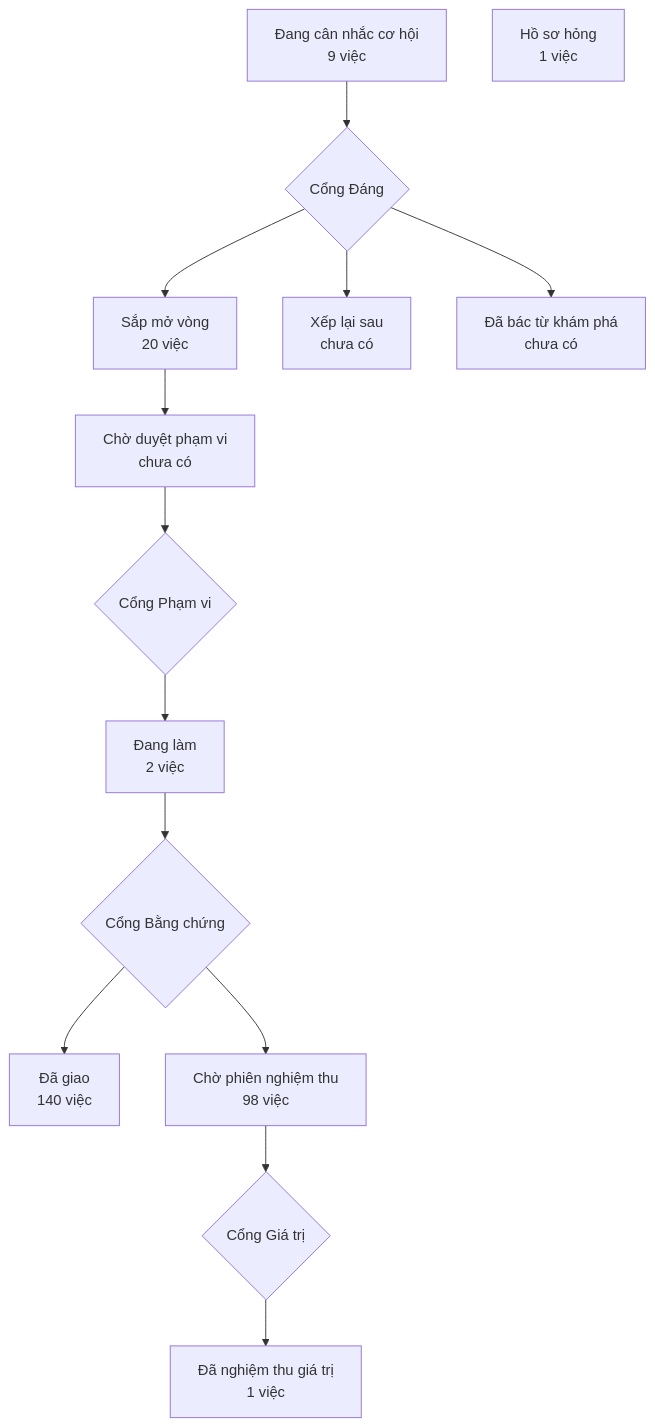
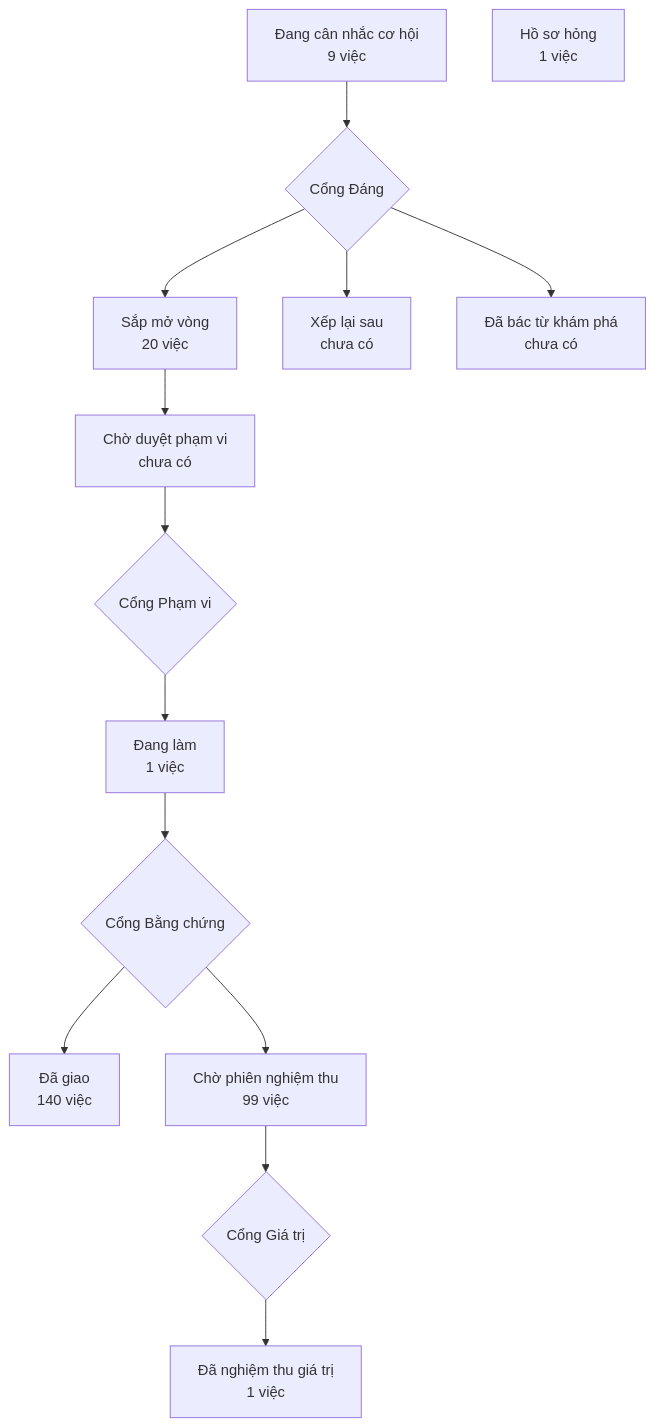
Before and after one commit to phanlemanh/crm-onehub: the diagram in PRODUCT-MAP.md, drawn with Mermaid. The commit also changed 4 other files, not shown here.

````diff
--- a/PRODUCT-MAP.md
+++ b/PRODUCT-MAP.md
@@ -7,13 +7,13 @@
 ```mermaid
 flowchart TD
   A["Đang cân nhắc cơ hội<br/>9 việc"] --> GD{"Cổng Đáng"}
   GD --> B["Sắp mở vòng<br/>20 việc"]
   GD --> XL["Xếp lại sau<br/>chưa có"]
   GD --> DB["Đã bác từ khám phá<br/>chưa có"]
   B --> CD["Chờ duyệt phạm vi<br/>chưa có"] --> GP{"Cổng Phạm vi"}
-  GP --> DL["Đang làm<br/>2 việc"] --> GB{"Cổng Bằng chứng"}
+  GP --> DL["Đang làm<br/>1 việc"] --> GB{"Cổng Bằng chứng"}
   GB --> DG["Đã giao<br/>140 việc"]
-  GB --> CN["Chờ phiên nghiệm thu<br/>98 việc"] --> GG{"Cổng Giá trị"}
+  GB --> CN["Chờ phiên nghiệm thu<br/>99 việc"] --> GG{"Cổng Giá trị"}
   GG --> NT["Đã nghiệm thu giá trị<br/>1 việc"]
   HS["Hồ sơ hỏng<br/>1 việc"]
 ```
````
